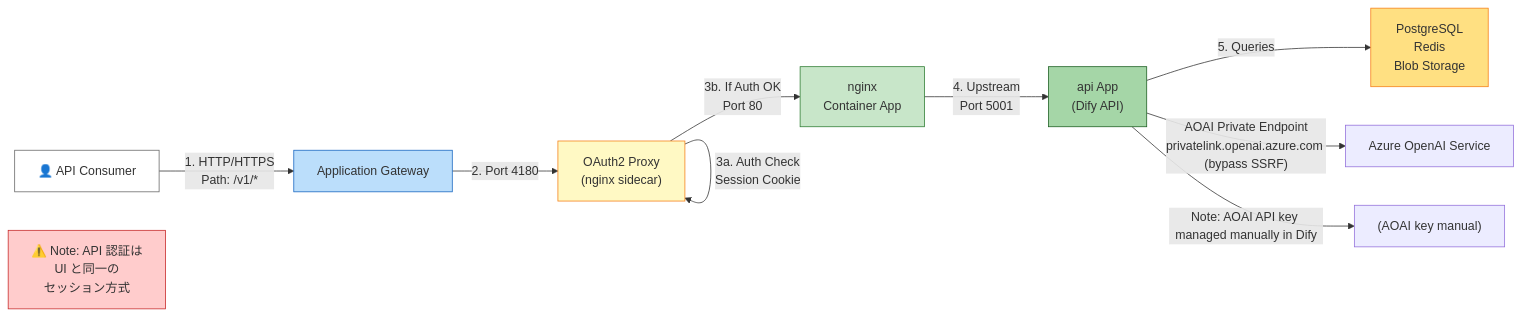
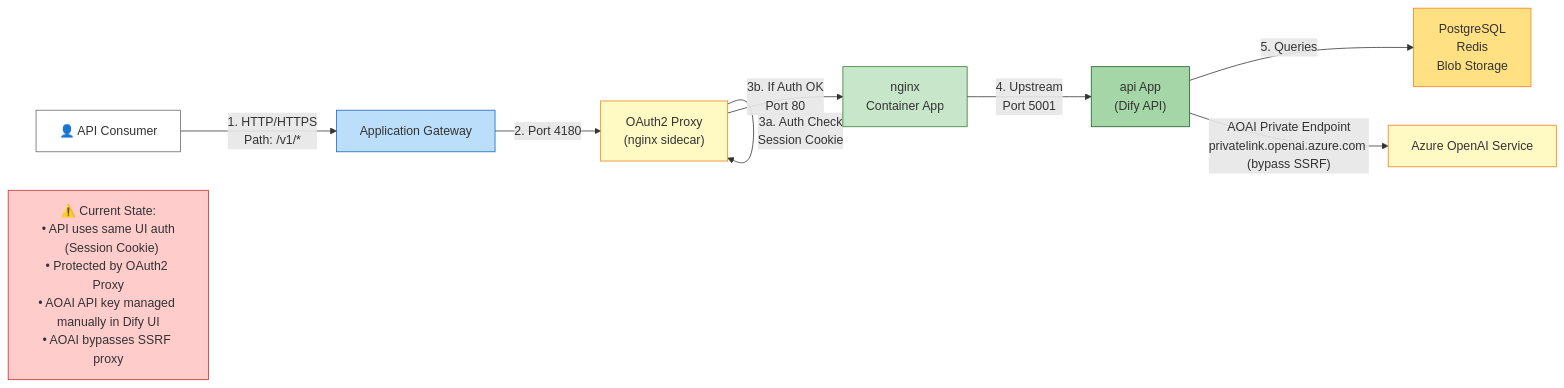
The third of 9 diagrams in docs/architecture.md (75-8/dify-azure-bicep-insidecorp), drawn with Mermaid before and after one commit. The commit also changed other lines of this file and 7 other files, not shown here.

````diff
--- a/docs/architecture.md
+++ b/docs/architecture.md
@@ -158,25 +158,24 @@
 ```mermaid
 graph LR
     Consumer["👤 API Consumer"]
     
     Consumer -->|1. HTTP/HTTPS<br/>Path: /v1/* | AppGw["Application Gateway"]
     AppGw -->|2. Port 4180| OAuth2["OAuth2 Proxy<br/>(nginx sidecar)"]
     OAuth2 -->|3a. Auth Check<br/>Session Cookie| OAuth2
     OAuth2 -->|3b. If Auth OK<br/>Port 80| Nginx["nginx<br/>Container App"]
     Nginx -->|4. Upstream<br/>Port 5001| API["api App<br/>(Dify API)"]
     API -->|5. Queries| Resources["PostgreSQL<br/>Redis<br/>Blob Storage"]
     %% AOAI accessed via private endpoint, bypassing SSRF proxy
     API -->|"AOAI Private Endpoint<br/>privatelink.openai.azure.com (bypass SSRF)"| AOAI["Azure OpenAI Service"]
-    %% Credential handling note (API does not retain AOAI key)
-    API -->|Note: AOAI API key managed manually in Dify| NoteCred["(AOAI key manual)" ]
     
-    Note["⚠️ Note: API 認証は<br/>UI と同一の<br/>セッション方式"]
+    Note["⚠️ Current State:<br/>• API uses same UI auth<br/>  (Session Cookie)<br/>• Protected by OAuth2 Proxy<br/>• AOAI API key managed manually in Dify UI<br/>• AOAI bypasses SSRF proxy"]
     
     style Consumer fill:#fff,stroke:#666
     style AppGw fill:#bbdefb,stroke:#1565c0
     style OAuth2 fill:#fff9c4,stroke:#f57f17
     style Nginx fill:#c8e6c9,stroke:#2e7d32
     style API fill:#a5d6a7,stroke:#1b5e20
     style Resources fill:#ffe082,stroke:#f57f17
+    style AOAI fill:#fff9c4,stroke:#f57f17
     style Note fill:#ffcccc,stroke:#c62828
 ```
````
